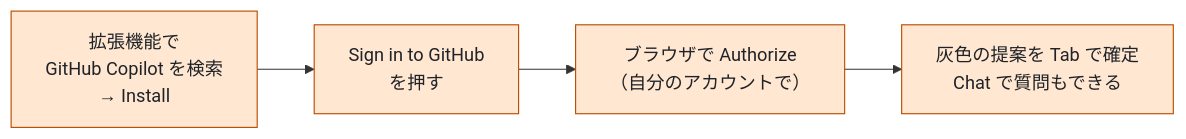
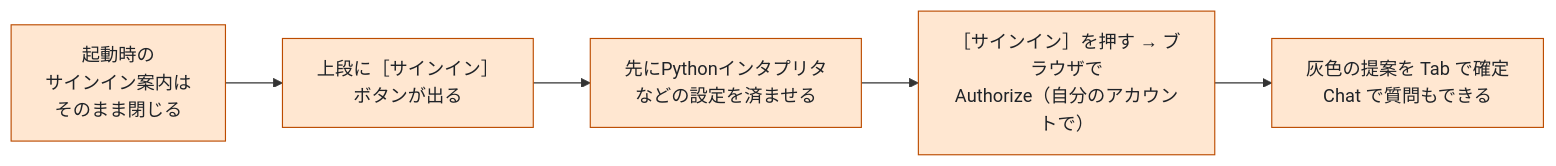
One commit to kawaba/Autosetup-Vscode-python-book changed the fourth of 4 diagrams in GitHub設定ガイド（一般向け）.md. Above: the diagram before and after it, drawn with Mermaid. The commit also changed other lines of this file and 3 other files, not shown here.

````diff
--- a/GitHub設定ガイド（一般向け）.md
+++ b/GitHub設定ガイド（一般向け）.md
@@ -175,8 +177,9 @@
 ```mermaid
 flowchart LR
-    C1["拡張機能で<br/>GitHub Copilot を検索<br/>→ Install"] --> C2["Sign in to GitHub<br/>を押す"]
-    C2 --> C3["ブラウザで Authorize<br/>（自分のアカウントで）"]
-    C3 --> C4["灰色の提案を Tab で確定<br/>Chat で質問もできる"]
+    C1["起動時の<br/>サインイン案内は<br/>そのまま閉じる"] --> C2["上段に［サインイン］<br/>ボタンが出る"]
+    C2 --> C3["先にPythonインタプリタ<br/>などの設定を済ませる"]
+    C3 --> C4["［サインイン］を押す → ブラウザで<br/>Authorize（自分のアカウントで）"]
+    C4 --> C5["灰色の提案を Tab で確定<br/>Chat で質問もできる"]
     classDef d fill:#ffe7d1,stroke:#bc4c00,color:#1f2328;
-    class C1,C2,C3,C4 d;
+    class C1,C2,C3,C4,C5 d;
 ```
````
